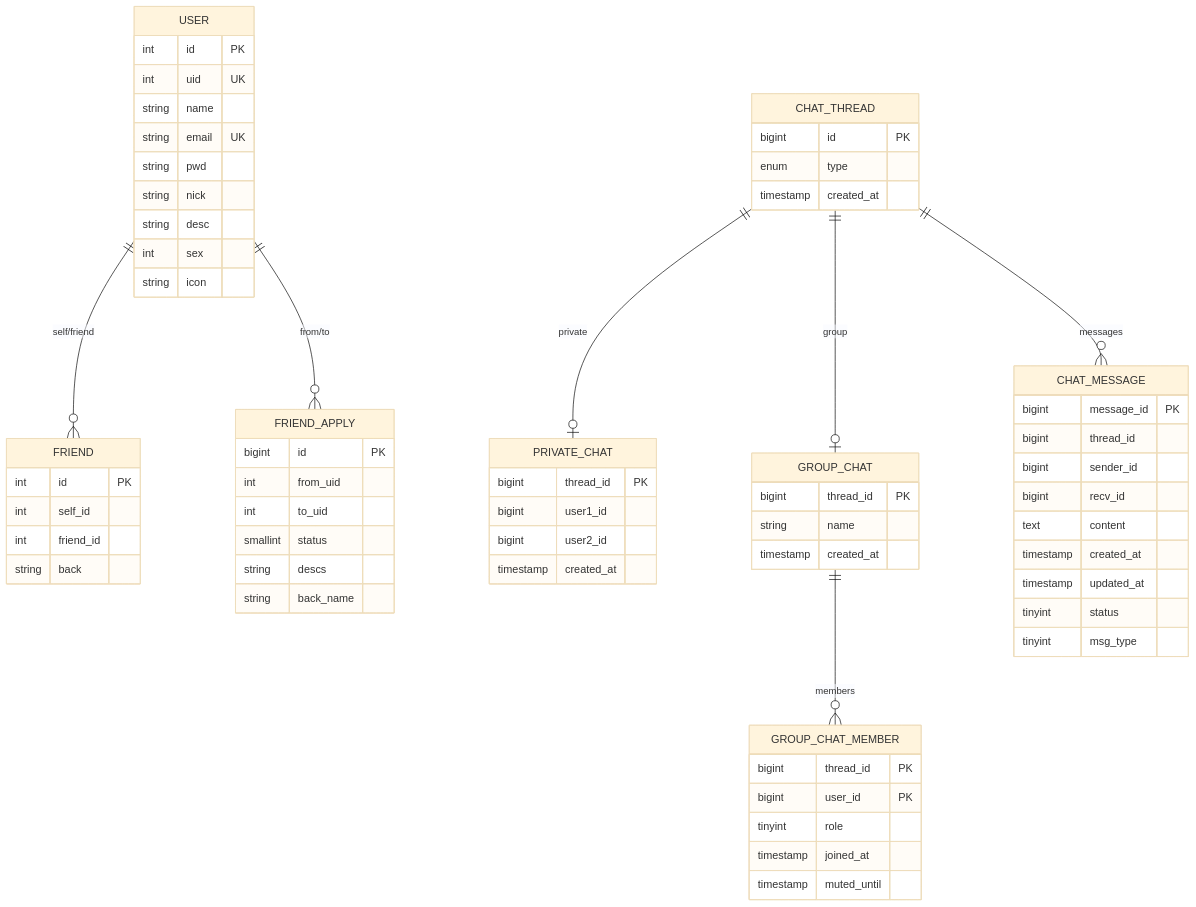
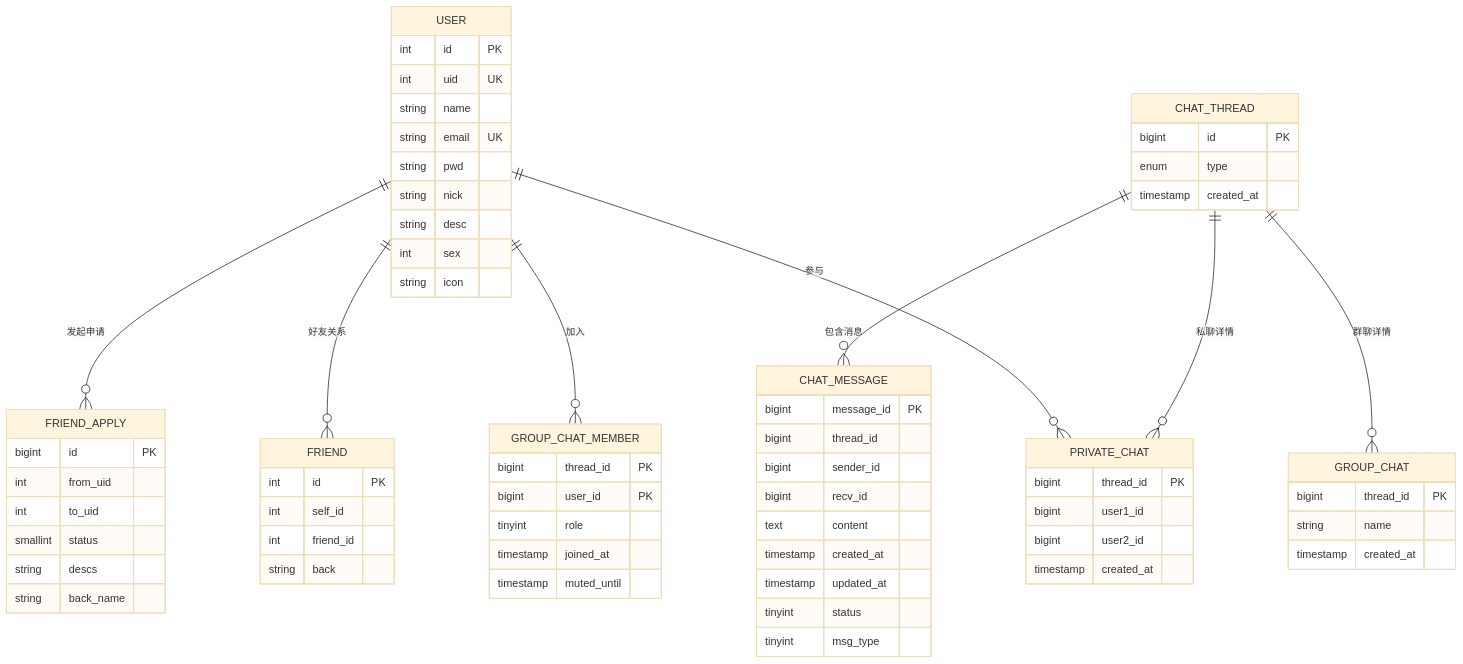
The fifth of 5 diagrams in .qoder/repowiki/zh/content/数据库设计/数据库设计.md (echo9923/mychatter), drawn with Mermaid (base theme) before and after one commit. The commit also changed other lines of this file and 526 other files, not shown here.

````diff
--- a/.qoder/repowiki/zh/content/数据库设计/数据库设计.md
+++ b/.qoder/repowiki/zh/content/数据库设计/数据库设计.md
@@ -153,68 +328,69 @@
 ```mermaid
 erDiagram
 USER {
 int id PK
 int uid UK
 string name
 string email UK
 string pwd
 string nick
 string desc
 int sex
 string icon
-}
-FRIEND {
-int id PK
-int self_id
-int friend_id
-string back
-}
-FRIEND_APPLY {
-bigint id PK
-int from_uid
-int to_uid
-smallint status
-string descs
-string back_name
 }
 CHAT_THREAD {
 bigint id PK
 enum type
 timestamp created_at
 }
 PRIVATE_CHAT {
 bigint thread_id PK
 bigint user1_id
 bigint user2_id
 timestamp created_at
 }
 GROUP_CHAT {
 bigint thread_id PK
 string name
 timestamp created_at
 }
 GROUP_CHAT_MEMBER {
 bigint thread_id PK
 bigint user_id PK
 tinyint role
 timestamp joined_at
 timestamp muted_until
 }
+FRIEND {
+int id PK
+int self_id
+int friend_id
+string back
+}
+FRIEND_APPLY {
+bigint id PK
+int from_uid
+int to_uid
+smallint status
+string descs
+string back_name
+}
 CHAT_MESSAGE {
 bigint message_id PK
 bigint thread_id
 bigint sender_id
 bigint recv_id
 text content
 timestamp created_at
 timestamp updated_at
 tinyint status
 tinyint msg_type
 }
-USER ||--o{ FRIEND : "self/friend"
-USER ||--o{ FRIEND_APPLY : "from/to"
-CHAT_THREAD ||--o| PRIVATE_CHAT : "private"
-CHAT_THREAD ||--o| GROUP_CHAT : "group"
-GROUP_CHAT ||--o{ GROUP_CHAT_MEMBER : "members"
-CHAT_THREAD ||--o{ CHAT_MESSAGE : "messages"
+USER ||--o{ PRIVATE_CHAT : "参与"
+USER ||--o{ GROUP_CHAT_MEMBER : "加入"
+CHAT_THREAD ||--o{ PRIVATE_CHAT : "私聊详情"
+CHAT_THREAD ||--o{ GROUP_CHAT : "群聊详情"
+CHAT_THREAD ||--o{ CHAT_MESSAGE : "包含消息"
+USER ||--o{ FRIEND : "好友关系"
+USER ||--o{ FRIEND_APPLY : "发起申请"
 ```
````
